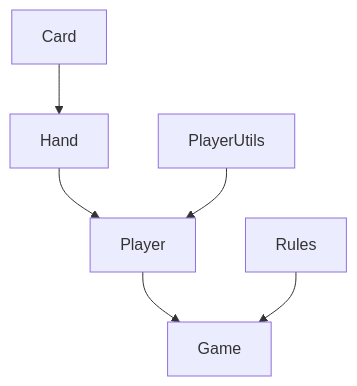
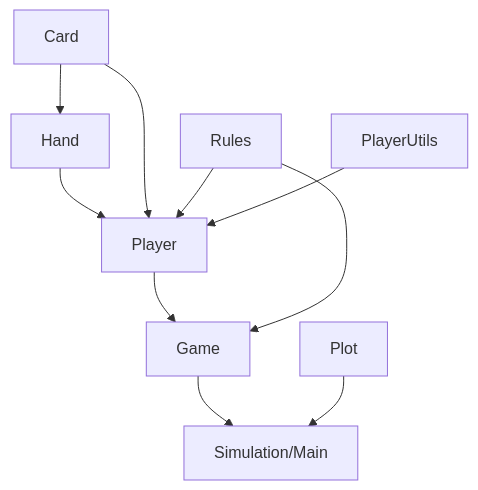
Before and after one commit to nicominguez/blackjack: the diagram in README.md, drawn with Mermaid. The commit also changed other lines of this file, not shown here.

````diff
--- a/README.md
+++ b/README.md
@@ -44,8 +43,12 @@
 ```mermaid
 graph TD
     Card --> Hand
     Hand --> Player
+    Card --> Player
+    Rules --> Player
+    PlayerUtils --> Player
     Player --> Game
     Rules --> Game
-    PlayerUtils --> Player
+    Game --> Simulation/Main
+    Plot --> Simulation/Main
 ```
````
